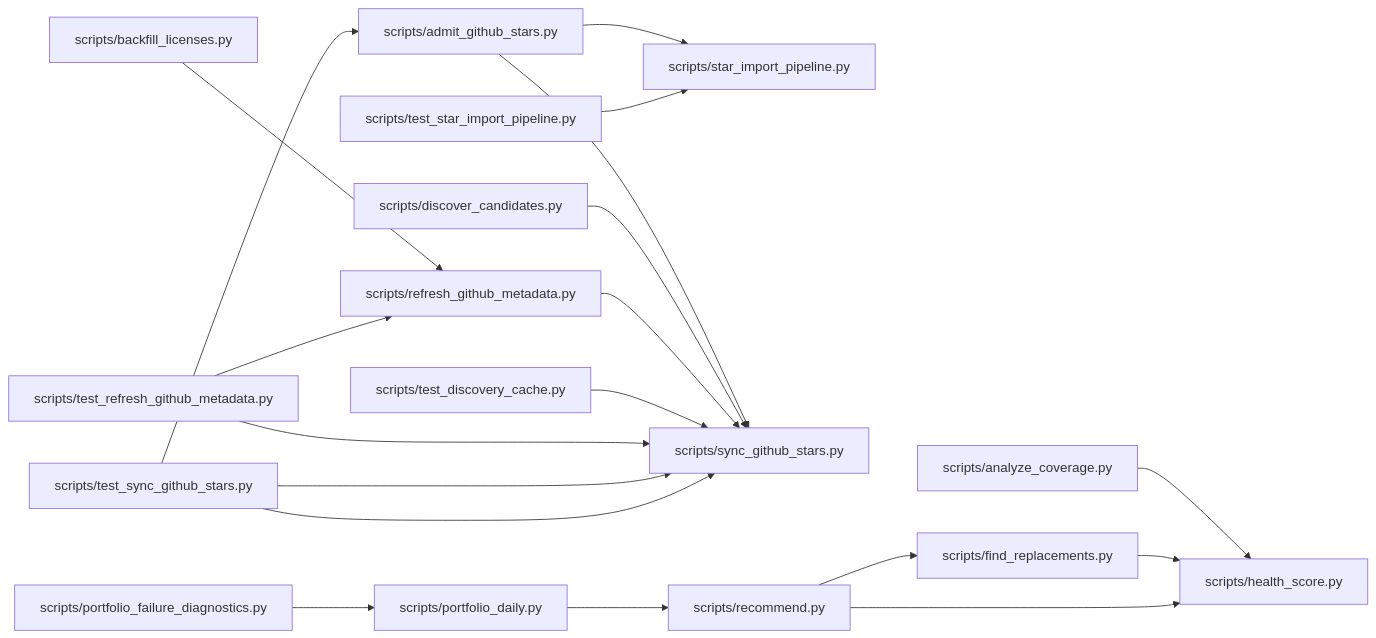
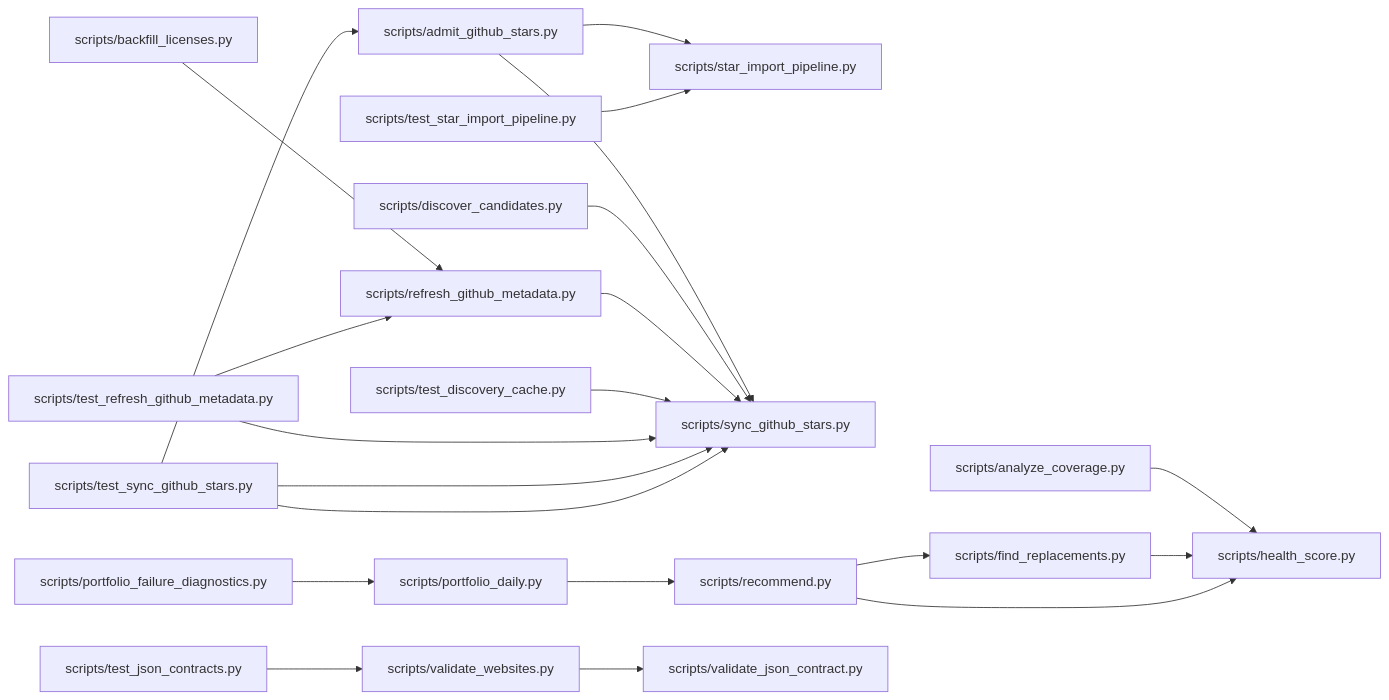
The diagram in .ai/brain/architecture.mmd (dbrckk/star-list), drawn with Mermaid before and after one commit. The commit also changed 78 other files, not shown here.

```diff
--- a/.ai/brain/architecture.mmd
+++ b/.ai/brain/architecture.mmd
@@ -1,19 +1,21 @@
 flowchart LR
   n8d03612ec4["scripts/admit_github_stars.py"] --> n83b2d4016a["scripts/star_import_pipeline.py"]
   n8d03612ec4["scripts/admit_github_stars.py"] --> n9ec765cbfe["scripts/sync_github_stars.py"]
   n493b546fce["scripts/analyze_coverage.py"] --> n61da7feb3f["scripts/health_score.py"]
   nbea452dbc9["scripts/backfill_licenses.py"] --> n673a0bb367["scripts/refresh_github_metadata.py"]
   n19fd372d41["scripts/discover_candidates.py"] --> n9ec765cbfe["scripts/sync_github_stars.py"]
   n3c5af248bc["scripts/find_replacements.py"] --> n61da7feb3f["scripts/health_score.py"]
   n9c65ddcee9["scripts/portfolio_daily.py"] --> n6b33751c21["scripts/recommend.py"]
   nc1854cfb67["scripts/portfolio_failure_diagnostics.py"] --> n9c65ddcee9["scripts/portfolio_daily.py"]
   n6b33751c21["scripts/recommend.py"] --> n3c5af248bc["scripts/find_replacements.py"]
   n6b33751c21["scripts/recommend.py"] --> n61da7feb3f["scripts/health_score.py"]
   n673a0bb367["scripts/refresh_github_metadata.py"] --> n9ec765cbfe["scripts/sync_github_stars.py"]
   n5d2467085c["scripts/test_discovery_cache.py"] --> n9ec765cbfe["scripts/sync_github_stars.py"]
+  n116275bc4e["scripts/test_json_contracts.py"] --> nd96d7a95bb["scripts/validate_websites.py"]
   nfc3af7e38e["scripts/test_refresh_github_metadata.py"] --> n673a0bb367["scripts/refresh_github_metadata.py"]
   nfc3af7e38e["scripts/test_refresh_github_metadata.py"] --> n9ec765cbfe["scripts/sync_github_stars.py"]
   n0c8a572d8b["scripts/test_star_import_pipeline.py"] --> n83b2d4016a["scripts/star_import_pipeline.py"]
   n895eef35e5["scripts/test_sync_github_stars.py"] --> n8d03612ec4["scripts/admit_github_stars.py"]
   n895eef35e5["scripts/test_sync_github_stars.py"] --> n9ec765cbfe["scripts/sync_github_stars.py"]
+  nd96d7a95bb["scripts/validate_websites.py"] --> nbd2a675ab8["scripts/validate_json_contract.py"]
   n895eef35e5["scripts/test_sync_github_stars.py"] --> n9ec765cbfe["scripts/sync_github_stars.py"]
```
